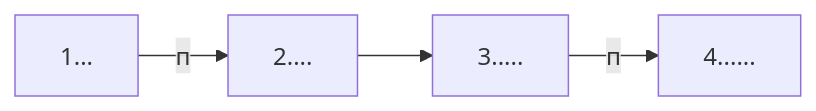
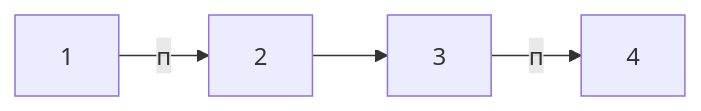
One commit to immanuwell/informatics changed the seventh of 8 diagrams in README.md. Above: the diagram before and after it, drawn with Mermaid. The commit also changed other lines of this file, not shown here.

````diff
--- a/README.md
+++ b/README.md
@@ -89,6 +89,5 @@
 ```mermaid
 
 flowchart LR
-    1... --> |п| 2.... -->  3..... --> |п| 4......
-
+    1 --> |п| 2 -->  3 --> |п| 4
 ```
````
